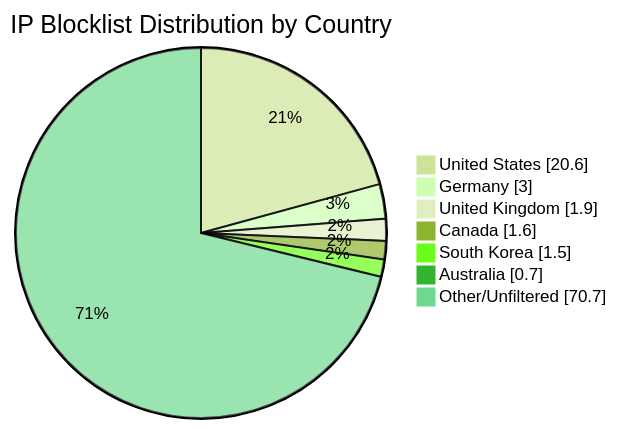
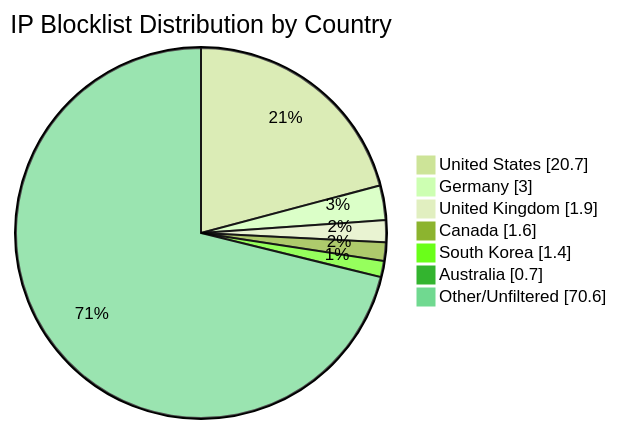
The diagram in README.md (MarcusHoltz/ipblocklist-geofiltered-aggregator), drawn with Mermaid (forest theme) before and after one commit. The commit also changed other lines of this file and 9 other files, not shown here.

````diff
--- a/README.md
+++ b/README.md
@@ -34,10 +34,10 @@
 ```mermaid
 pie showData title IP Blocklist Distribution by Country
-"United States" : 20.6
+"United States" : 20.7
 "Germany" : 3.0
 "United Kingdom" : 1.9
 "Canada" : 1.6
-"South Korea" : 1.5
+"South Korea" : 1.4
 "Australia" : 0.7
-"Other/Unfiltered" : 70.7
+"Other/Unfiltered" : 70.6
 ```
````
